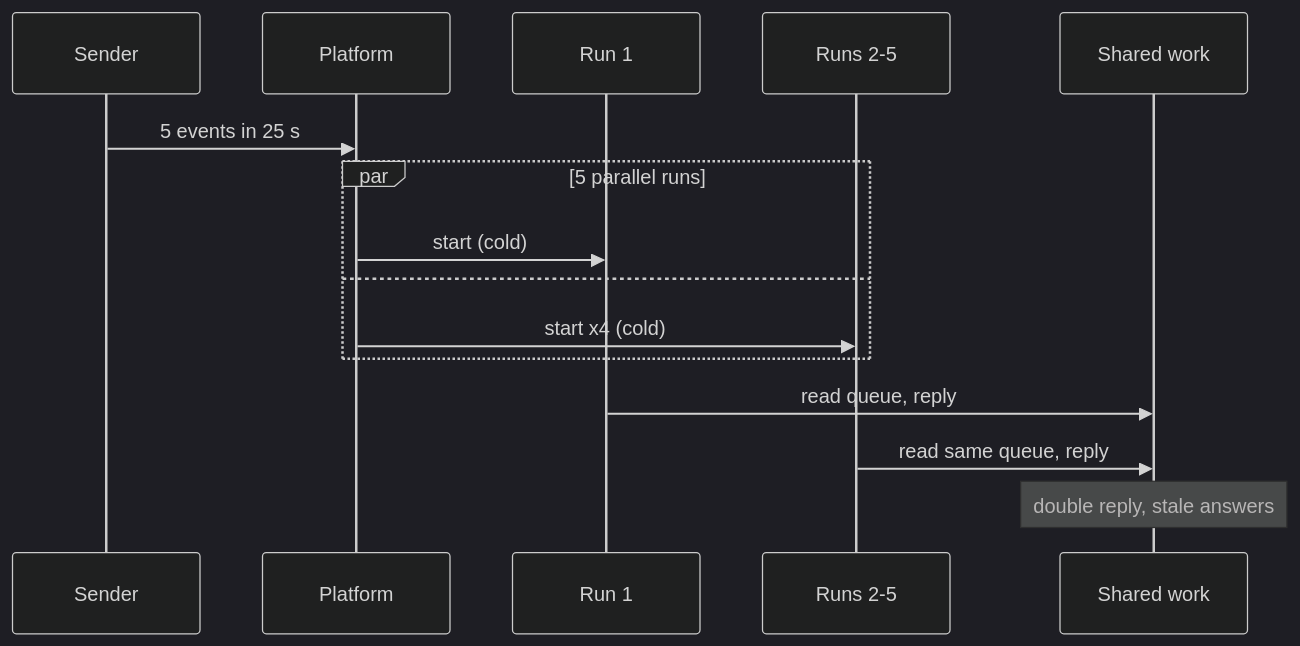
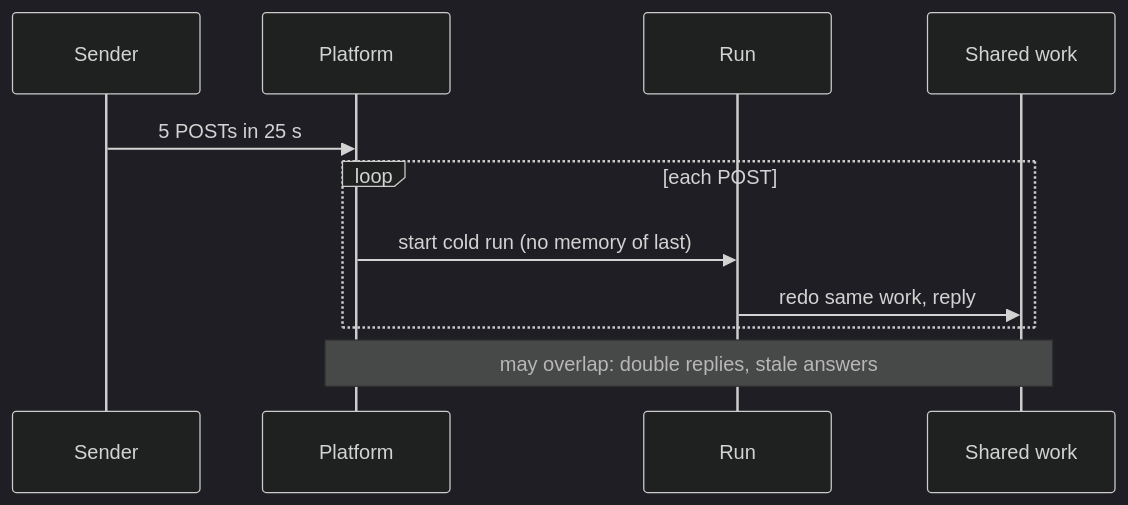
One commit to si4ai/grokbot-wake-relay changed the first of 3 diagrams in README.md. Above: the diagram before and after it, drawn with Mermaid (dark theme). The commit also changed other lines of this file, not shown here.

Commit message:
README: define routine, prototype framing, revised diagrams and native asks

````diff
--- a/README.md
+++ b/README.md
@@ -20,17 +22,13 @@
 ```mermaid
 sequenceDiagram
     participant S as Sender
     participant P as Platform
-    participant R1 as Run 1
-    participant R5 as Runs 2-5
+    participant R as Run
     participant W as Shared work
-    S->>P: 5 events in 25 s
-    par 5 parallel runs
-        P->>R1: start (cold)
-    and
-        P->>R5: start x4 (cold)
+    S->>P: 5 POSTs in 25 s
+    loop each POST
+        P->>R: start cold run (no memory of last)
+        R->>W: redo same work, reply
     end
-    R1->>W: read queue, reply
-    R5->>W: read same queue, reply
-    Note over W: double reply, stale answers
+    Note over P,W: may overlap: double replies, stale answers
 ```
````
